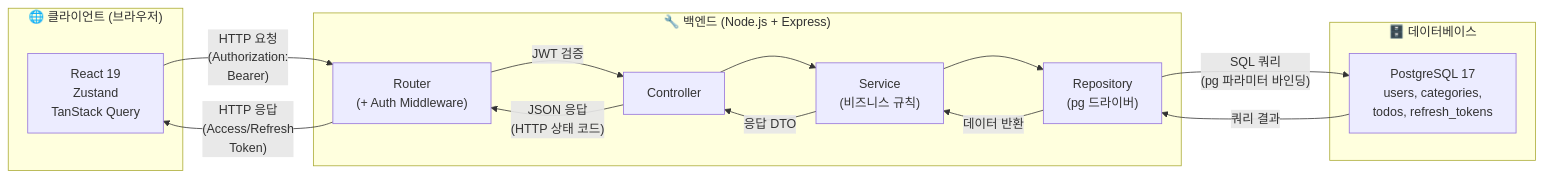
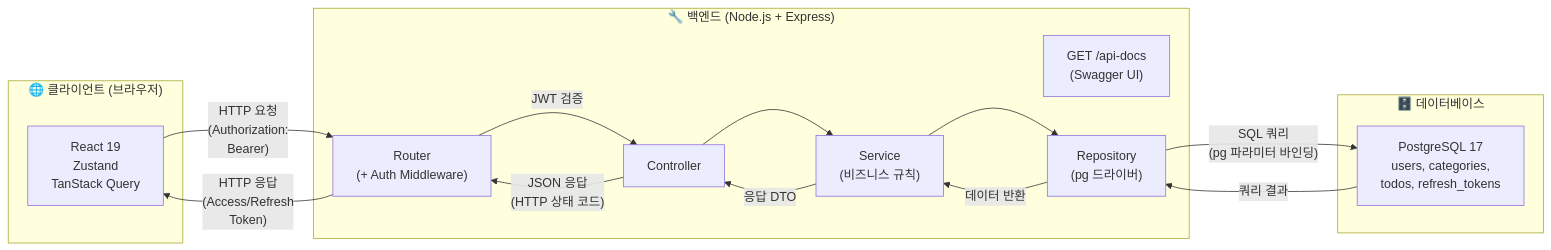
The first of 4 diagrams in docs/5-arch-diagram.md (1472kimhj-byte/todolist-app), drawn with Mermaid before and after one commit. The commit also changed other lines of this file and 170 other files, not shown here.

````diff
--- a/docs/5-arch-diagram.md
+++ b/docs/5-arch-diagram.md
@@ -21,28 +22,29 @@
 ```mermaid
 flowchart LR
     subgraph client["🌐 클라이언트 (브라우저)"]
         react["React 19<br/>Zustand<br/>TanStack Query"]
     end
     
     subgraph backend["🔧 백엔드 (Node.js + Express)"]
+        swagger["GET /api-docs<br/>(Swagger UI)"]
         router["Router<br/>(+ Auth Middleware)"]
         controller["Controller"]
         service["Service<br/>(비즈니스 규칙)"]
         repo["Repository<br/>(pg 드라이버)"]
     end
     
     subgraph db["🗄️ 데이터베이스"]
         postgres["PostgreSQL 17<br/>users, categories,<br/>todos, refresh_tokens"]
     end
     
     react -->|"HTTP 요청<br/>(Authorization:<br/>Bearer)"|router
     router -->|"JWT 검증"| controller
     controller --> service
     service --> repo
     repo -->|"SQL 쿼리<br/>(pg 파라미터 바인딩)"| postgres
     postgres -->|"쿼리 결과"| repo
     repo -->|"데이터 반환"| service
     service -->|"응답 DTO"| controller
     controller -->|"JSON 응답<br/>(HTTP 상태 코드)"| router
     router -->|"HTTP 응답<br/>(Access/Refresh<br/>Token)"| react
 ```
````
